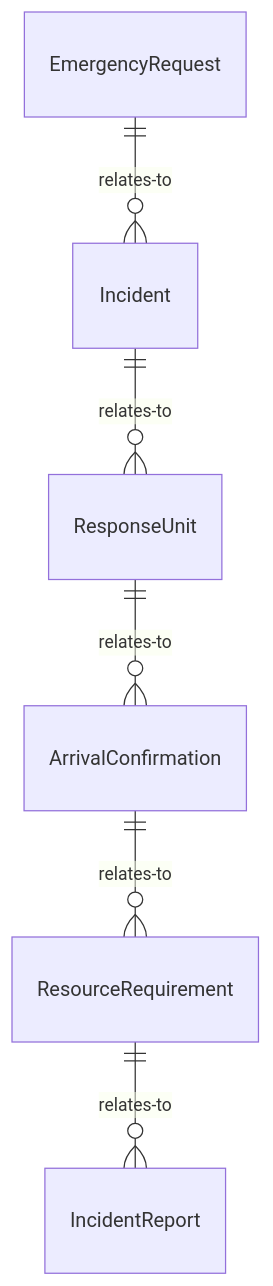
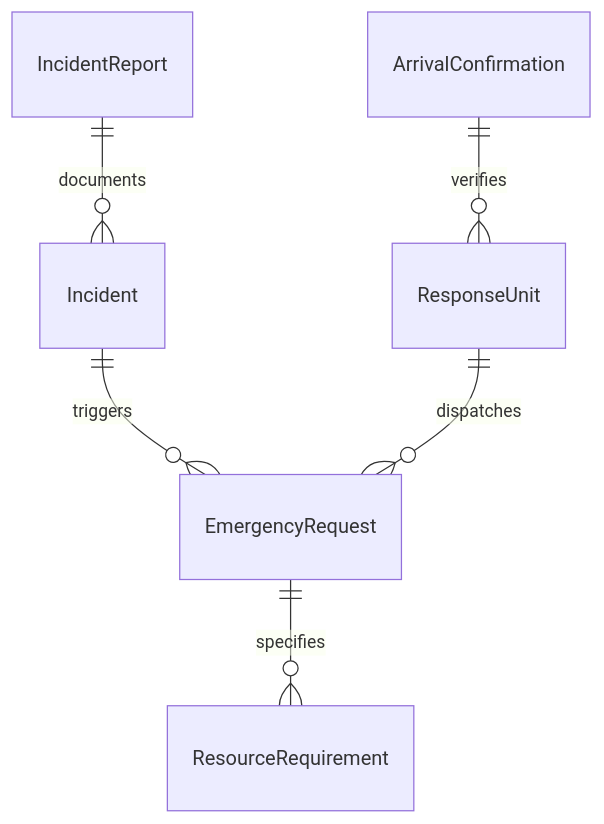
The first of 4 diagrams in CommunicatingWithSupervisorsPeersOrSubordinates/NotifyOthersOfEmergenciesOrProblems/RequestEmergencyPersonnel.mdx (dot-org-ai/tasks.org.ai), drawn with Mermaid before and after one commit. The commit also changed other lines of this file and 515 other files, not shown here.

````diff
--- a/CommunicatingWithSupervisorsPeersOrSubordinates/NotifyOthersOfEmergenciesOrProblems/RequestEmergencyPersonnel.mdx
+++ b/CommunicatingWithSupervisorsPeersOrSubordinates/NotifyOthersOfEmergenciesOrProblems/RequestEmergencyPersonnel.mdx
@@ -85,8 +85,8 @@
 ```mermaid
 erDiagram
-    EmergencyRequest ||--o{ Incident : relates-to
-    Incident ||--o{ ResponseUnit : relates-to
-    ResponseUnit ||--o{ ArrivalConfirmation : relates-to
-    ArrivalConfirmation ||--o{ ResourceRequirement : relates-to
-    ResourceRequirement ||--o{ IncidentReport : relates-to
+    Incident ||--o{ EmergencyRequest : triggers
+    EmergencyRequest ||--o{ ResourceRequirement : specifies
+    ResponseUnit ||--o{ EmergencyRequest : dispatches
+    ArrivalConfirmation ||--o{ ResponseUnit : verifies
+    IncidentReport ||--o{ Incident : documents
 ```
````
